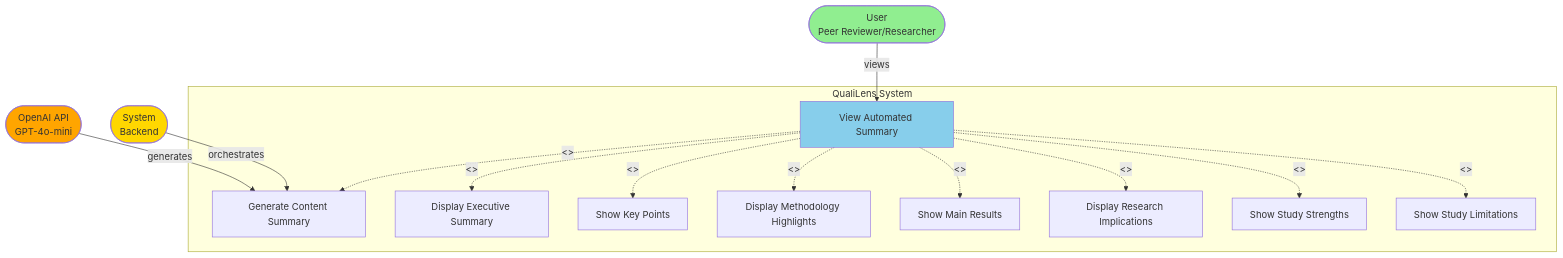
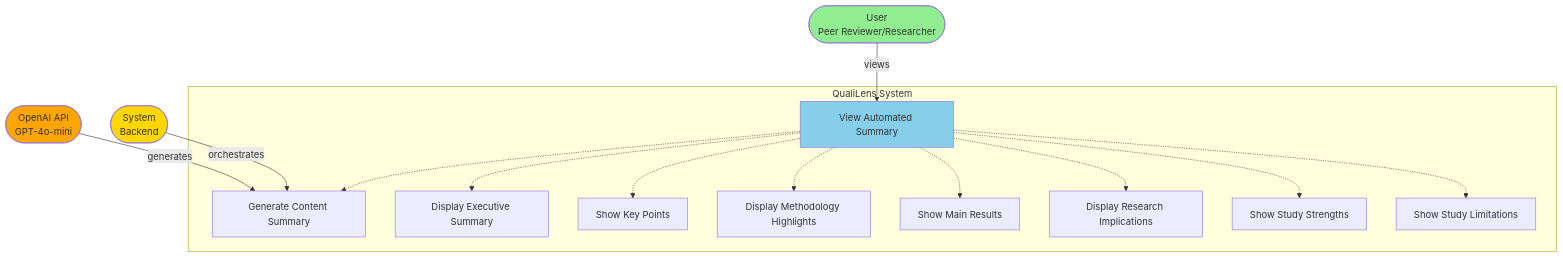
The tenth of 12 diagrams in docs/architecture/4_USE_CASE_DIAGRAM.md (giuliobarde/QualiLens), drawn with Mermaid before and after one commit. The commit also changed other lines of this file and 5 other files, not shown here.

Commit message:
updated diagrams and requirements

````diff
--- a/docs/architecture/4_USE_CASE_DIAGRAM.md
+++ b/docs/architecture/4_USE_CASE_DIAGRAM.md
@@ -342,36 +271,36 @@
 ```mermaid
 graph TD
     User([User<br/>Peer Reviewer/Researcher])
     System([System<br/>Backend])
     OpenAI([OpenAI API<br/>GPT-4o-mini])
     
     subgraph "QualiLens System"
         UC10[View Automated Summary]
         UC10a[Generate Content Summary]
         UC10b[Display Executive Summary]
         UC10c[Show Key Points]
         UC10d[Display Methodology Highlights]
         UC10e[Show Main Results]
         UC10f[Display Research Implications]
         UC10g[Show Study Strengths]
         UC10h[Show Study Limitations]
         
-        UC10 -.->|<<include>>| UC10a
-        UC10 -.->|<<include>>| UC10b
-        UC10 -.->|<<include>>| UC10c
-        UC10 -.->|<<include>>| UC10d
-        UC10 -.->|<<include>>| UC10e
-        UC10 -.->|<<include>>| UC10f
-        UC10 -.->|<<include>>| UC10g
-        UC10 -.->|<<include>>| UC10h
+        UC10 -.-> UC10a
+        UC10 -.-> UC10b
+        UC10 -.-> UC10c
+        UC10 -.-> UC10d
+        UC10 -.-> UC10e
+        UC10 -.-> UC10f
+        UC10 -.-> UC10g
+        UC10 -.-> UC10h
     end
     
     User -->|views| UC10
     System -->|orchestrates| UC10a
     OpenAI -->|generates| UC10a
     
     style User fill:#90EE90
     style System fill:#FFD700
     style OpenAI fill:#FFA500
     style UC10 fill:#87CEEB
 ```
````
